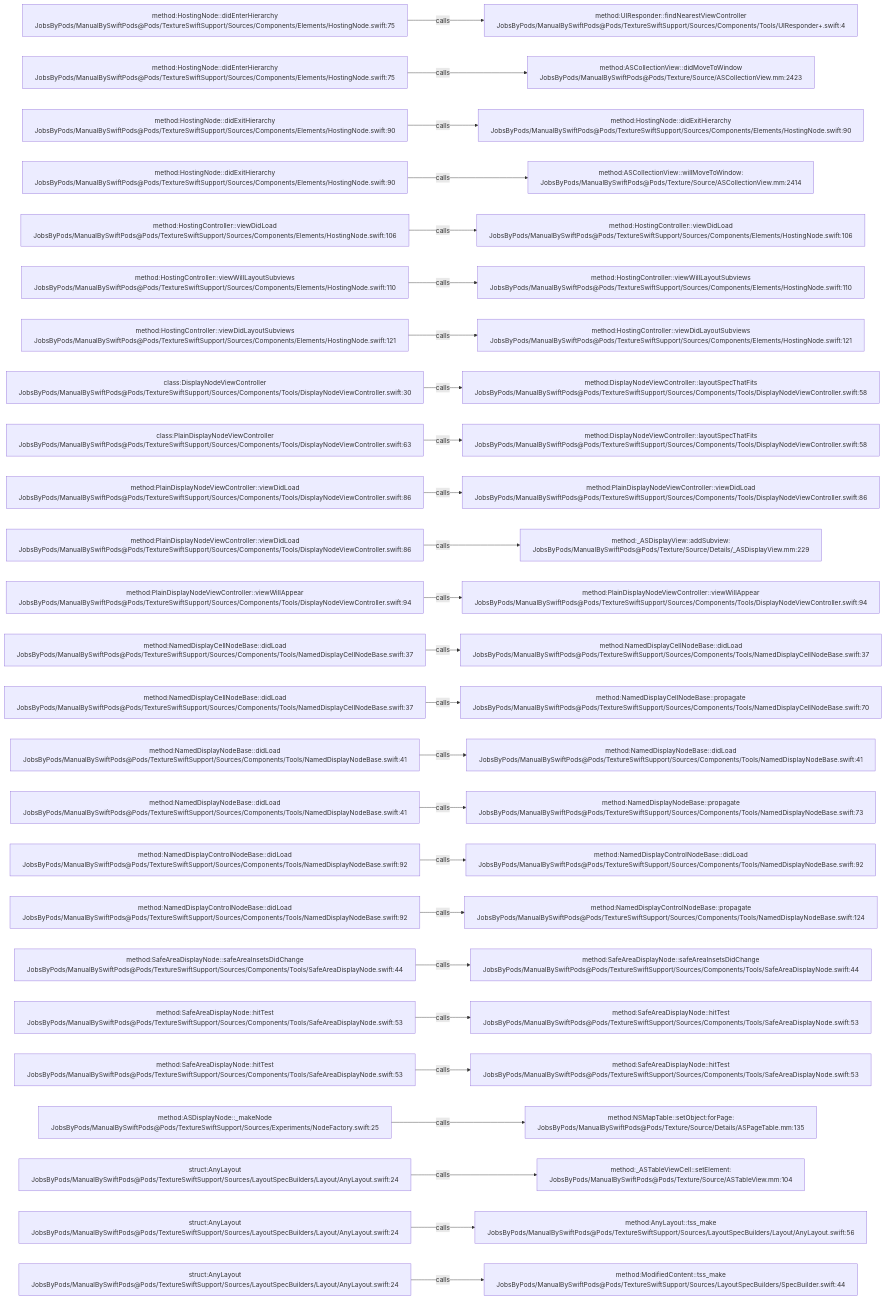
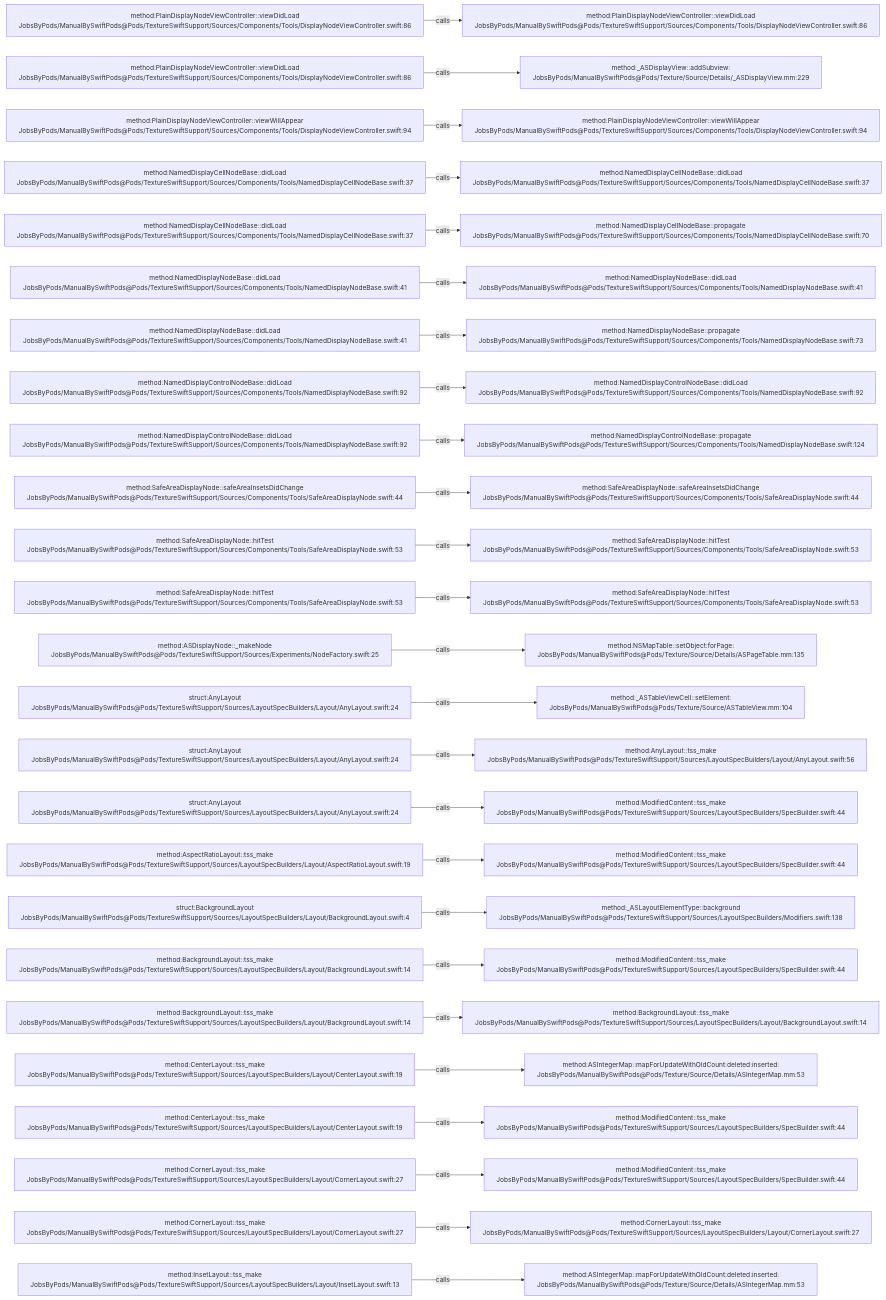
The diagram in .codegraph/codegraph.md/graphs/calls-156.md (JobsKits/JobsSwiftBaseConfigDemo), drawn with Mermaid before and after one commit. The commit also changed 707 other files, not shown here.

````diff
--- a/.codegraph/codegraph.md/graphs/calls-156.md
+++ b/.codegraph/codegraph.md/graphs/calls-156.md
@@ -13,78 +13,78 @@
 ```mermaid
 flowchart LR
-  S1["method:HostingNode::didEnterHierarchy<br/>JobsByPods/ManualBySwiftPods@Pods/TextureSwiftSupport/Sources/Components/Elements/HostingNode.swift:75"]
-  T1["method:UIResponder::findNearestViewController<br/>JobsByPods/ManualBySwiftPods@Pods/TextureSwiftSupport/Sources/Components/Tools/UIResponder+.swift:4"]
+  S1["method:PlainDisplayNodeViewController::viewDidLoad<br/>JobsByPods/ManualBySwiftPods@Pods/TextureSwiftSupport/Sources/Components/Tools/DisplayNodeViewController.swift:86"]
+  T1["method:PlainDisplayNodeViewController::viewDidLoad<br/>JobsByPods/ManualBySwiftPods@Pods/TextureSwiftSupport/Sources/Components/Tools/DisplayNodeViewController.swift:86"]
   S1 -->|calls| T1
-  S2["method:HostingNode::didEnterHierarchy<br/>JobsByPods/ManualBySwiftPods@Pods/TextureSwiftSupport/Sources/Components/Elements/HostingNode.swift:75"]
-  T2["method:ASCollectionView::didMoveToWindow<br/>JobsByPods/ManualBySwiftPods@Pods/Texture/Source/ASCollectionView.mm:2423"]
+  S2["method:PlainDisplayNodeViewController::viewDidLoad<br/>JobsByPods/ManualBySwiftPods@Pods/TextureSwiftSupport/Sources/Components/Tools/DisplayNodeViewController.swift:86"]
+  T2["method:_ASDisplayView::addSubview:<br/>JobsByPods/ManualBySwiftPods@Pods/Texture/Source/Details/_ASDisplayView.mm:229"]
   S2 -->|calls| T2
-  S3["method:HostingNode::didExitHierarchy<br/>JobsByPods/ManualBySwiftPods@Pods/TextureSwiftSupport/Sources/Components/Elements/HostingNode.swift:90"]
-  T3["method:HostingNode::didExitHierarchy<br/>JobsByPods/ManualBySwiftPods@Pods/TextureSwiftSupport/Sources/Components/Elements/HostingNode.swift:90"]
+  S3["method:PlainDisplayNodeViewController::viewWillAppear<br/>JobsByPods/ManualBySwiftPods@Pods/TextureSwiftSupport/Sources/Components/Tools/DisplayNodeViewController.swift:94"]
+  T3["method:PlainDisplayNodeViewController::viewWillAppear<br/>JobsByPods/ManualBySwiftPods@Pods/TextureSwiftSupport/Sources/Components/Tools/DisplayNodeViewController.swift:94"]
   S3 -->|calls| T3
-  S4["method:HostingNode::didExitHierarchy<br/>JobsByPods/ManualBySwiftPods@Pods/TextureSwiftSupport/Sources/Components/Elements/HostingNode.swift:90"]
-  T4["method:ASCollectionView::willMoveToWindow:<br/>JobsByPods/ManualBySwiftPods@Pods/Texture/Source/ASCollectionView.mm:2414"]
+  S4["method:NamedDisplayCellNodeBase::didLoad<br/>JobsByPods/ManualBySwiftPods@Pods/TextureSwiftSupport/Sources/Components/Tools/NamedDisplayCellNodeBase.swift:37"]
+  T4["method:NamedDisplayCellNodeBase::didLoad<br/>JobsByPods/ManualBySwiftPods@Pods/TextureSwiftSupport/Sources/Components/Tools/NamedDisplayCellNodeBase.swift:37"]
   S4 -->|calls| T4
-  S5["method:HostingController::viewDidLoad<br/>JobsByPods/ManualBySwiftPods@Pods/TextureSwiftSupport/Sources/Components/Elements/HostingNode.swift:106"]
-  T5["method:HostingController::viewDidLoad<br/>JobsByPods/ManualBySwiftPods@Pods/TextureSwiftSupport/Sources/Components/Elements/HostingNode.swift:106"]
+  S5["method:NamedDisplayCellNodeBase::didLoad<br/>JobsByPods/ManualBySwiftPods@Pods/TextureSwiftSupport/Sources/Components/Tools/NamedDisplayCellNodeBase.swift:37"]
+  T5["method:NamedDisplayCellNodeBase::propagate<br/>JobsByPods/ManualBySwiftPods@Pods/TextureSwiftSupport/Sources/Components/Tools/NamedDisplayCellNodeBase.swift:70"]
   S5 -->|calls| T5
-  S6["method:HostingController::viewWillLayoutSubviews<br/>JobsByPods/ManualBySwiftPods@Pods/TextureSwiftSupport/Sources/Components/Elements/HostingNode.swift:110"]
-  T6["method:HostingController::viewWillLayoutSubviews<br/>JobsByPods/ManualBySwiftPods@Pods/TextureSwiftSupport/Sources/Components/Elements/HostingNode.swift:110"]
+  S6["method:NamedDisplayNodeBase::didLoad<br/>JobsByPods/ManualBySwiftPods@Pods/TextureSwiftSupport/Sources/Components/Tools/NamedDisplayNodeBase.swift:41"]
+  T6["method:NamedDisplayNodeBase::didLoad<br/>JobsByPods/ManualBySwiftPods@Pods/TextureSwiftSupport/Sources/Components/Tools/NamedDisplayNodeBase.swift:41"]
   S6 -->|calls| T6
-  S7["method:HostingController::viewDidLayoutSubviews<br/>JobsByPods/ManualBySwiftPods@Pods/TextureSwiftSupport/Sources/Components/Elements/HostingNode.swift:121"]
-  T7["method:HostingController::viewDidLayoutSubviews<br/>JobsByPods/ManualBySwiftPods@Pods/TextureSwiftSupport/Sources/Components/Elements/HostingNode.swift:121"]
+  S7["method:NamedDisplayNodeBase::didLoad<br/>JobsByPods/ManualBySwiftPods@Pods/TextureSwiftSupport/Sources/Components/Tools/NamedDisplayNodeBase.swift:41"]
+  T7["method:NamedDisplayNodeBase::propagate<br/>JobsByPods/ManualBySwiftPods@Pods/TextureSwiftSupport/Sources/Components/Tools/NamedDisplayNodeBase.swift:73"]
   S7 -->|calls| T7
-  S8["class:DisplayNodeViewController<br/>JobsByPods/ManualBySwiftPods@Pods/TextureSwiftSupport/Sources/Components/Tools/DisplayNodeViewController.swift:30"]
-  T8["method:DisplayNodeViewController::layoutSpecThatFits<br/>JobsByPods/ManualBySwiftPods@Pods/TextureSwiftSupport/Sources/Components/Tools/DisplayNodeViewController.swift:58"]
+  S8["method:NamedDisplayControlNodeBase::didLoad<br/>JobsByPods/ManualBySwiftPods@Pods/TextureSwiftSupport/Sources/Components/Tools/NamedDisplayNodeBase.swift:92"]
+  T8["method:NamedDisplayControlNodeBase::didLoad<br/>JobsByPods/ManualBySwiftPods@Pods/TextureSwiftSupport/Sources/Components/Tools/NamedDisplayNodeBase.swift:92"]
   S8 -->|calls| T8
-  S9["class:PlainDisplayNodeViewController<br/>JobsByPods/ManualBySwiftPods@Pods/TextureSwiftSupport/Sources/Components/Tools/DisplayNodeViewController.swift:63"]
-  T9["method:DisplayNodeViewController::layoutSpecThatFits<br/>JobsByPods/ManualBySwiftPods@Pods/TextureSwiftSupport/Sources/Components/Tools/DisplayNodeViewController.swift:58"]
+  S9["method:NamedDisplayControlNodeBase::didLoad<br/>JobsByPods/ManualBySwiftPods@Pods/TextureSwiftSupport/Sources/Components/Tools/NamedDisplayNodeBase.swift:92"]
+  T9["method:NamedDisplayControlNodeBase::propagate<br/>JobsByPods/ManualBySwiftPods@Pods/TextureSwiftSupport/Sources/Components/Tools/NamedDisplayNodeBase.swift:124"]
   S9 -->|calls| T9
-  S10["method:PlainDisplayNodeViewController::viewDidLoad<br/>JobsByPods/ManualBySwiftPods@Pods/TextureSwiftSupport/Sources/Components/Tools/DisplayNodeViewController.swift:86"]
-  T10["method:PlainDisplayNodeViewController::viewDidLoad<br/>JobsByPods/ManualBySwiftPods@Pods/TextureSwiftSupport/Sources/Components/Tools/DisplayNodeViewController.swift:86"]
+  S10["method:SafeAreaDisplayNode::safeAreaInsetsDidChange<br/>JobsByPods/ManualBySwiftPods@Pods/TextureSwiftSupport/Sources/Components/Tools/SafeAreaDisplayNode.swift:44"]
+  T10["method:SafeAreaDisplayNode::safeAreaInsetsDidChange<br/>JobsByPods/ManualBySwiftPods@Pods/TextureSwiftSupport/Sources/Components/Tools/SafeAreaDisplayNode.swift:44"]
   S10 -->|calls| T10
-  S11["method:PlainDisplayNodeViewController::viewDidLoad<br/>JobsByPods/ManualBySwiftPods@Pods/TextureSwiftSupport/Sources/Components/Tools/DisplayNodeViewController.swift:86"]
-  T11["method:_ASDisplayView::addSubview:<br/>JobsByPods/ManualBySwiftPods@Pods/Texture/Source/Details/_ASDisplayView.mm:229"]
+  S11["method:SafeAreaDisplayNode::hitTest<br/>JobsByPods/ManualBySwiftPods@Pods/TextureSwiftSupport/Sources/Components/Tools/SafeAreaDisplayNode.swift:53"]
+  T11["method:SafeAreaDisplayNode::hitTest<br/>JobsByPods/ManualBySwiftPods@Pods/TextureSwiftSupport/Sources/Components/Tools/SafeAreaDisplayNode.swift:53"]
   S11 -->|calls| T11
-  S12["method:PlainDisplayNodeViewController::viewWillAppear<br/>JobsByPods/ManualBySwiftPods@Pods/TextureSwiftSupport/Sources/Components/Tools/DisplayNodeViewController.swift:94"]
-  T12["method:PlainDisplayNodeViewController::viewWillAppear<br/>JobsByPods/ManualBySwiftPods@Pods/TextureSwiftSupport/Sources/Components/Tools/DisplayNodeViewController.swift:94"]
+  S12["method:SafeAreaDisplayNode::hitTest<br/>JobsByPods/ManualBySwiftPods@Pods/TextureSwiftSupport/Sources/Components/Tools/SafeAreaDisplayNode.swift:53"]
+  T12["method:SafeAreaDisplayNode::hitTest<br/>JobsByPods/ManualBySwiftPods@Pods/TextureSwiftSupport/Sources/Components/Tools/SafeAreaDisplayNode.swift:53"]
   S12 -->|calls| T12
-  S13["method:NamedDisplayCellNodeBase::didLoad<br/>JobsByPods/ManualBySwiftPods@Pods/TextureSwiftSupport/Sources/Components/Tools/NamedDisplayCellNodeBase.swift:37"]
-  T13["method:NamedDisplayCellNodeBase::didLoad<br/>JobsByPods/ManualBySwiftPods@Pods/TextureSwiftSupport/Sources/Components/Tools/NamedDisplayCellNodeBase.swift:37"]
+  S13["method:ASDisplayNode::_makeNode<br/>JobsByPods/ManualBySwiftPods@Pods/TextureSwiftSupport/Sources/Experiments/NodeFactory.swift:25"]
+  T13["method:NSMapTable::setObject:forPage:<br/>JobsByPods/ManualBySwiftPods@Pods/Texture/Source/Details/ASPageTable.mm:135"]
   S13 -->|calls| T13
-  S14["method:NamedDisplayCellNodeBase::didLoad<br/>JobsByPods/ManualBySwiftPods@Pods/TextureSwiftSupport/Sources/Components/Tools/NamedDisplayCellNodeBase.swift:37"]
-  T14["method:NamedDisplayCellNodeBase::propagate<br/>JobsByPods/ManualBySwiftPods@Pods/TextureSwiftSupport/Sources/Components/Tools/NamedDisplayCellNodeBase.swift:70"]
+  S14["struct:AnyLayout<br/>JobsByPods/ManualBySwiftPods@Pods/TextureSwiftSupport/Sources/LayoutSpecBuilders/Layout/AnyLayout.swift:24"]
+  T14["method:_ASTableViewCell::setElement:<br/>JobsByPods/ManualBySwiftPods@Pods/Texture/Source/ASTableView.mm:104"]
   S14 -->|calls| T14
-  S15["method:NamedDisplayNodeBase::didLoad<br/>JobsByPods/ManualBySwiftPods@Pods/TextureSwiftSupport/Sources/Components/Tools/NamedDisplayNodeBase.swift:41"]
-  T15["method:NamedDisplayNodeBase::didLoad<br/>JobsByPods/ManualBySwiftPods@Pods/TextureSwiftSupport/Sources/Components/Tools/NamedDisplayNodeBase.swift:41"]
+  S15["struct:AnyLayout<br/>JobsByPods/ManualBySwiftPods@Pods/TextureSwiftSupport/Sources/LayoutSpecBuilders/Layout/AnyLayout.swift:24"]
+  T15["method:AnyLayout::tss_make<br/>JobsByPods/ManualBySwiftPods@Pods/TextureSwiftSupport/Sources/LayoutSpecBuilders/Layout/AnyLayout.swift:56"]
   S15 -->|calls| T15
-  S16["method:NamedDisplayNodeBase::didLoad<br/>JobsByPods/ManualBySwiftPods@Pods/TextureSwiftSupport/Sources/Components/Tools/NamedDisplayNodeBase.swift:41"]
-  T16["method:NamedDisplayNodeBase::propagate<br/>JobsByPods/ManualBySwiftPods@Pods/TextureSwiftSupport/Sources/Components/Tools/NamedDisplayNodeBase.swift:73"]
+  S16["struct:AnyLayout<br/>JobsByPods/ManualBySwiftPods@Pods/TextureSwiftSupport/Sources/LayoutSpecBuilders/Layout/AnyLayout.swift:24"]
+  T16["method:ModifiedContent::tss_make<br/>JobsByPods/ManualBySwiftPods@Pods/TextureSwiftSupport/Sources/LayoutSpecBuilders/SpecBuilder.swift:44"]
   S16 -->|calls| T16
-  S17["method:NamedDisplayControlNodeBase::didLoad<br/>JobsByPods/ManualBySwiftPods@Pods/TextureSwiftSupport/Sources/Components/Tools/NamedDisplayNodeBase.swift:92"]
-  T17["method:NamedDisplayControlNodeBase::didLoad<br/>JobsByPods/ManualBySwiftPods@Pods/TextureSwiftSupport/Sources/Components/Tools/NamedDisplayNodeBase.swift:92"]
+  S17["method:AspectRatioLayout::tss_make<br/>JobsByPods/ManualBySwiftPods@Pods/TextureSwiftSupport/Sources/LayoutSpecBuilders/Layout/AspectRatioLayout.swift:19"]
+  T17["method:ModifiedContent::tss_make<br/>JobsByPods/ManualBySwiftPods@Pods/TextureSwiftSupport/Sources/LayoutSpecBuilders/SpecBuilder.swift:44"]
   S17 -->|calls| T17
-  S18["method:NamedDisplayControlNodeBase::didLoad<br/>JobsByPods/ManualBySwiftPods@Pods/TextureSwiftSupport/Sources/Components/Tools/NamedDisplayNodeBase.swift:92"]
-  T18["method:NamedDisplayControlNodeBase::propagate<br/>JobsByPods/ManualBySwiftPods@Pods/TextureSwiftSupport/Sources/Components/Tools/NamedDisplayNodeBase.swift:124"]
+  S18["struct:BackgroundLayout<br/>JobsByPods/ManualBySwiftPods@Pods/TextureSwiftSupport/Sources/LayoutSpecBuilders/Layout/BackgroundLayout.swift:4"]
+  T18["method:_ASLayoutElementType::background<br/>JobsByPods/ManualBySwiftPods@Pods/TextureSwiftSupport/Sources/LayoutSpecBuilders/Modifiers.swift:138"]
   S18 -->|calls| T18
-  S19["method:SafeAreaDisplayNode::safeAreaInsetsDidChange<br/>JobsByPods/ManualBySwiftPods@Pods/TextureSwiftSupport/Sources/Components/Tools/SafeAreaDisplayNode.swift:44"]
-  T19["method:SafeAreaDisplayNode::safeAreaInsetsDidChange<br/>JobsByPods/ManualBySwiftPods@Pods/TextureSwiftSupport/Sources/Components/Tools/SafeAreaDisplayNode.swift:44"]
+  S19["method:BackgroundLayout::tss_make<br/>JobsByPods/ManualBySwiftPods@Pods/TextureSwiftSupport/Sources/LayoutSpecBuilders/Layout/BackgroundLayout.swift:14"]
+  T19["method:ModifiedContent::tss_make<br/>JobsByPods/ManualBySwiftPods@Pods/TextureSwiftSupport/Sources/LayoutSpecBuilders/SpecBuilder.swift:44"]
   S19 -->|calls| T19
-  S20["method:SafeAreaDisplayNode::hitTest<br/>JobsByPods/ManualBySwiftPods@Pods/TextureSwiftSupport/Sources/Components/Tools/SafeAreaDisplayNode.swift:53"]
-  T20["method:SafeAreaDisplayNode::hitTest<br/>JobsByPods/ManualBySwiftPods@Pods/TextureSwiftSupport/Sources/Components/Tools/SafeAreaDisplayNode.swift:53"]
+  S20["method:BackgroundLayout::tss_make<br/>JobsByPods/ManualBySwiftPods@Pods/TextureSwiftSupport/Sources/LayoutSpecBuilders/Layout/BackgroundLayout.swift:14"]
+  T20["method:BackgroundLayout::tss_make<br/>JobsByPods/ManualBySwiftPods@Pods/TextureSwiftSupport/Sources/LayoutSpecBuilders/Layout/BackgroundLayout.swift:14"]
   S20 -->|calls| T20
-  S21["method:SafeAreaDisplayNode::hitTest<br/>JobsByPods/ManualBySwiftPods@Pods/TextureSwiftSupport/Sources/Components/Tools/SafeAreaDisplayNode.swift:53"]
-  T21["method:SafeAreaDisplayNode::hitTest<br/>JobsByPods/ManualBySwiftPods@Pods/TextureSwiftSupport/Sources/Components/Tools/SafeAreaDisplayNode.swift:53"]
+  S21["method:CenterLayout::tss_make<br/>JobsByPods/ManualBySwiftPods@Pods/TextureSwiftSupport/Sources/LayoutSpecBuilders/Layout/CenterLayout.swift:19"]
+  T21["method:ASIntegerMap::mapForUpdateWithOldCount:deleted:inserted:<br/>JobsByPods/ManualBySwiftPods@Pods/Texture/Source/Details/ASIntegerMap.mm:53"]
   S21 -->|calls| T21
-  S22["method:ASDisplayNode::_makeNode<br/>JobsByPods/ManualBySwiftPods@Pods/TextureSwiftSupport/Sources/Experiments/NodeFactory.swift:25"]
-  T22["method:NSMapTable::setObject:forPage:<br/>JobsByPods/ManualBySwiftPods@Pods/Texture/Source/Details/ASPageTable.mm:135"]
+  S22["method:CenterLayout::tss_make<br/>JobsByPods/ManualBySwiftPods@Pods/TextureSwiftSupport/Sources/LayoutSpecBuilders/Layout/CenterLayout.swift:19"]
+  T22["method:ModifiedContent::tss_make<br/>JobsByPods/ManualBySwiftPods@Pods/TextureSwiftSupport/Sources/LayoutSpecBuilders/SpecBuilder.swift:44"]
   S22 -->|calls| T22
-  S23["struct:AnyLayout<br/>JobsByPods/ManualBySwiftPods@Pods/TextureSwiftSupport/Sources/LayoutSpecBuilders/Layout/AnyLayout.swift:24"]
-  T23["method:_ASTableViewCell::setElement:<br/>JobsByPods/ManualBySwiftPods@Pods/Texture/Source/ASTableView.mm:104"]
+  S23["method:CornerLayout::tss_make<br/>JobsByPods/ManualBySwiftPods@Pods/TextureSwiftSupport/Sources/LayoutSpecBuilders/Layout/CornerLayout.swift:27"]
+  T23["method:ModifiedContent::tss_make<br/>JobsByPods/ManualBySwiftPods@Pods/TextureSwiftSupport/Sources/LayoutSpecBuilders/SpecBuilder.swift:44"]
   S23 -->|calls| T23
-  S24["struct:AnyLayout<br/>JobsByPods/ManualBySwiftPods@Pods/TextureSwiftSupport/Sources/LayoutSpecBuilders/Layout/AnyLayout.swift:24"]
-  T24["method:AnyLayout::tss_make<br/>JobsByPods/ManualBySwiftPods@Pods/TextureSwiftSupport/Sources/LayoutSpecBuilders/Layout/AnyLayout.swift:56"]
+  S24["method:CornerLayout::tss_make<br/>JobsByPods/ManualBySwiftPods@Pods/TextureSwiftSupport/Sources/LayoutSpecBuilders/Layout/CornerLayout.swift:27"]
+  T24["method:CornerLayout::tss_make<br/>JobsByPods/ManualBySwiftPods@Pods/TextureSwiftSupport/Sources/LayoutSpecBuilders/Layout/CornerLayout.swift:27"]
   S24 -->|calls| T24
-  S25["struct:AnyLayout<br/>JobsByPods/ManualBySwiftPods@Pods/TextureSwiftSupport/Sources/LayoutSpecBuilders/Layout/AnyLayout.swift:24"]
-  T25["method:ModifiedContent::tss_make<br/>JobsByPods/ManualBySwiftPods@Pods/TextureSwiftSupport/Sources/LayoutSpecBuilders/SpecBuilder.swift:44"]
+  S25["method:InsetLayout::tss_make<br/>JobsByPods/ManualBySwiftPods@Pods/TextureSwiftSupport/Sources/LayoutSpecBuilders/Layout/InsetLayout.swift:13"]
+  T25["method:ASIntegerMap::mapForUpdateWithOldCount:deleted:inserted:<br/>JobsByPods/ManualBySwiftPods@Pods/Texture/Source/Details/ASIntegerMap.mm:53"]
   S25 -->|calls| T25
 ```
````
